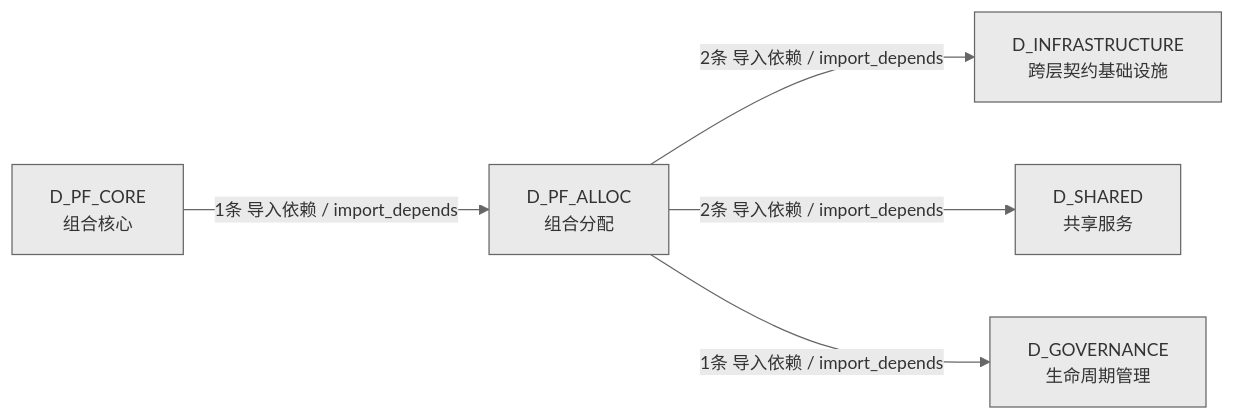
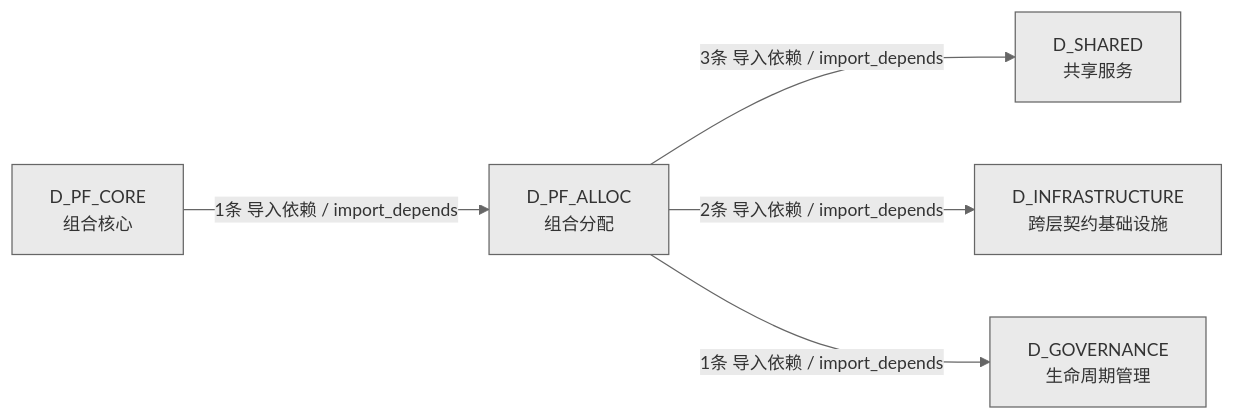
One commit to xuanFelixVan/ZephyrAlpha changed the fourth of 4 diagrams in docs/02_enterprise_architecture/02_domain_architecture_docs/62_d_pf_alloc.md. Above: the diagram before and after it, drawn with Mermaid. The commit also changed other lines of this file and 62 other files, not shown here.

````diff
--- a/docs/02_enterprise_architecture/02_domain_architecture_docs/62_d_pf_alloc.md
+++ b/docs/02_enterprise_architecture/02_domain_architecture_docs/62_d_pf_alloc.md
@@ -152,13 +158,13 @@
 ```mermaid
 %%{init: {'theme': 'base', 'themeVariables': {'primaryColor': '#eaeaea', 'primaryTextColor': '#333333', 'primaryBorderColor': '#666666', 'lineColor': '#666666', 'secondaryColor': '#eaeaea', 'tertiaryColor': '#eaeaea', 'fontSize': '14px'}}}%%
 graph LR
     D_PF_ALLOC["D_PF_ALLOC<br/>组合分配"]
+    D_SHARED["D_SHARED<br/>共享服务"]
     D_INFRASTRUCTURE["D_INFRASTRUCTURE<br/>跨层契约基础设施"]
-    D_SHARED["D_SHARED<br/>共享服务"]
     D_GOVERNANCE["D_GOVERNANCE<br/>生命周期管理"]
     D_PF_CORE["D_PF_CORE<br/>组合核心"]
+    D_PF_ALLOC -->|3条 导入依赖 / import_depends| D_SHARED
     D_PF_ALLOC -->|2条 导入依赖 / import_depends| D_INFRASTRUCTURE
-    D_PF_ALLOC -->|2条 导入依赖 / import_depends| D_SHARED
     D_PF_ALLOC -->|1条 导入依赖 / import_depends| D_GOVERNANCE
     D_PF_CORE -->|1条 导入依赖 / import_depends| D_PF_ALLOC
 ```
````
